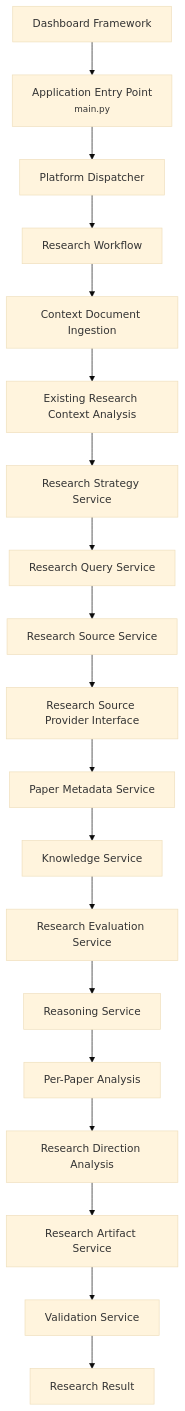
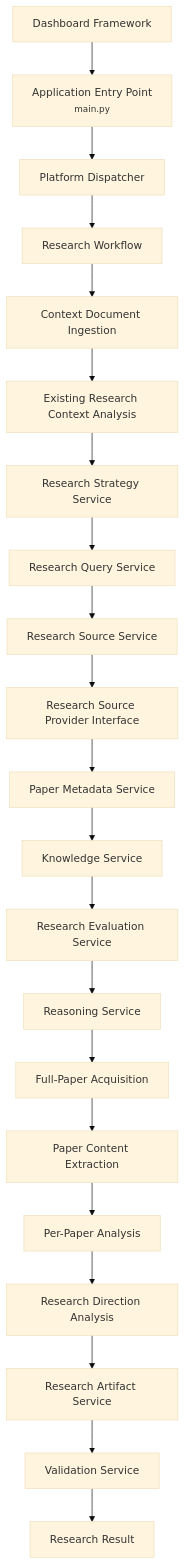
One commit to pgailinas/project0 changed the diagram in docs/agents/research/Research_Agent_Architecture.md. Above: the diagram before and after it, drawn with Mermaid (base theme). The commit also changed other lines of this file and 4 other files, not shown here.

````diff
--- a/docs/agents/research/Research_Agent_Architecture.md
+++ b/docs/agents/research/Research_Agent_Architecture.md
@@ -77,44 +77,48 @@
 ``` mermaid
 flowchart TD
     UI["Dashboard Framework"]
     A["Application Entry Point<br/><small>main.py</small>"]
     B["Platform Dispatcher"]
     C["Research Workflow"]
 
     X["Context Document Ingestion"]
     Y["Existing Research Context Analysis"]
     D["Research Strategy Service"]
     Q["Research Query Service"]
     E["Research Source Service"]
     P["Research Source Provider Interface"]
     F["Paper Metadata Service"]
     G["Knowledge Service"]
     H["Research Evaluation Service"]
     I["Reasoning Service"]
+    O["Full-Paper Acquisition"]
+    R["Paper Content Extraction"]
     M["Per-Paper Analysis"]
     N["Research Direction Analysis"]
     J["Research Artifact Service"]
     K["Validation Service"]
 
     L["Research Result"]
 
     UI --> A
     A --> B
     B --> C
 
     C --> X
     X --> Y
     Y --> D
     D --> Q
     Q --> E
     E --> P
     P --> F
     F --> G
     G --> H
     H --> I
-    I --> M
+    I --> O
+    O --> R
+    R --> M
     M --> N
     N --> J
     J --> K
     K --> L
 ```
````
